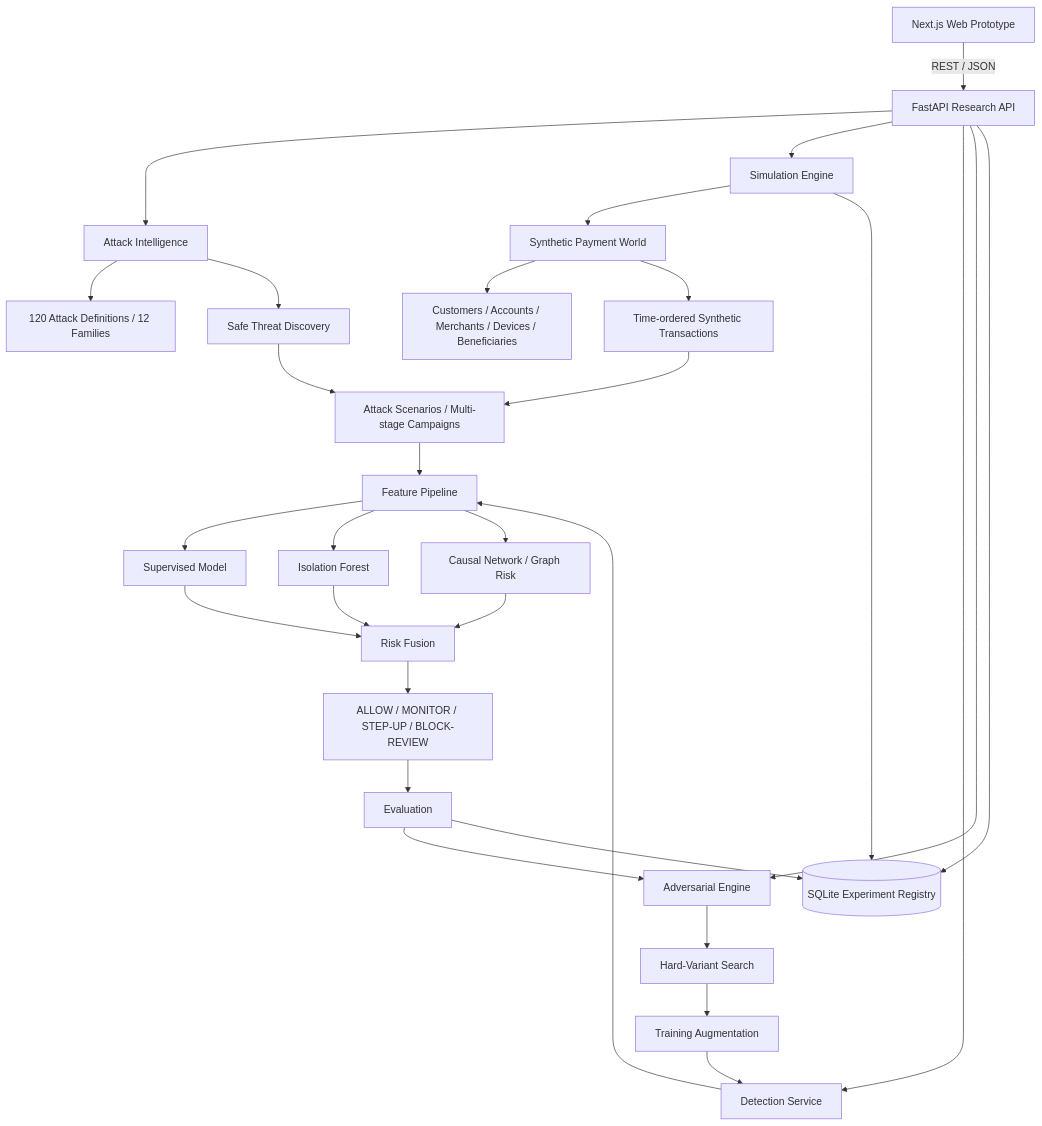
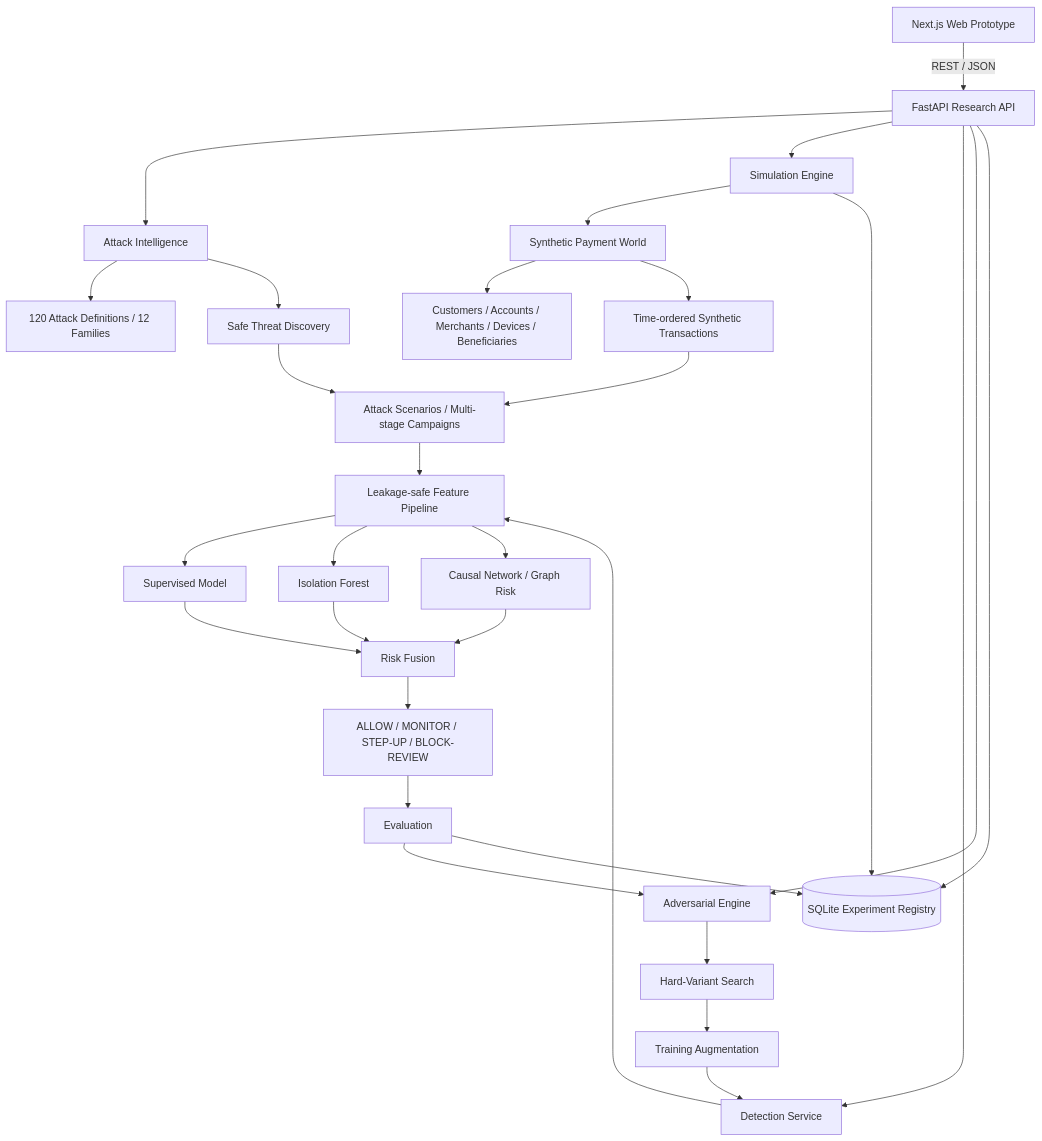
The diagram in docs/ARCHITECTURE.md (akashrajeev/MasterShield), drawn with Mermaid before and after one commit. The commit also changed other lines of this file, not shown here.

Commit message:
docs(architecture): align feature and source-of-truth documentation

````diff
--- a/docs/ARCHITECTURE.md
+++ b/docs/ARCHITECTURE.md
@@ -13,41 +13,41 @@
 ```mermaid
 flowchart TD
     UI[Next.js Web Prototype]
     API[FastAPI Research API]
 
     UI -->|REST / JSON| API
 
     API --> CAT[Attack Intelligence]
     API --> SIM[Simulation Engine]
     API --> DET[Detection Service]
     API --> ADV[Adversarial Engine]
     API --> DB[(SQLite Experiment Registry)]
 
     CAT --> ATT[120 Attack Definitions / 12 Families]
     CAT --> DISC[Safe Threat Discovery]
 
     SIM --> WORLD[Synthetic Payment World]
     WORLD --> ENT[Customers / Accounts / Merchants / Devices / Beneficiaries]
     WORLD --> TXN[Time-ordered Synthetic Transactions]
     TXN --> SCN[Attack Scenarios / Multi-stage Campaigns]
-    SCN --> FEAT[Feature Pipeline]
+    SCN --> FEAT[Leakage-safe Feature Pipeline]
 
     FEAT --> TAB[Supervised Model]
     FEAT --> ANOM[Isolation Forest]
     FEAT --> GRAPH[Causal Network / Graph Risk]
     TAB --> FUSE[Risk Fusion]
     ANOM --> FUSE
     GRAPH --> FUSE
     FUSE --> DEC[ALLOW / MONITOR / STEP-UP / BLOCK-REVIEW]
 
     DET --> FEAT
     ADV --> SEARCH[Hard-Variant Search]
     SEARCH --> HARD[Training Augmentation]
     HARD --> DET
     DEC --> EVAL[Evaluation]
     EVAL --> ADV
     EVAL --> DB
     SIM --> DB
 
     DISC --> SCN
 ```
````
